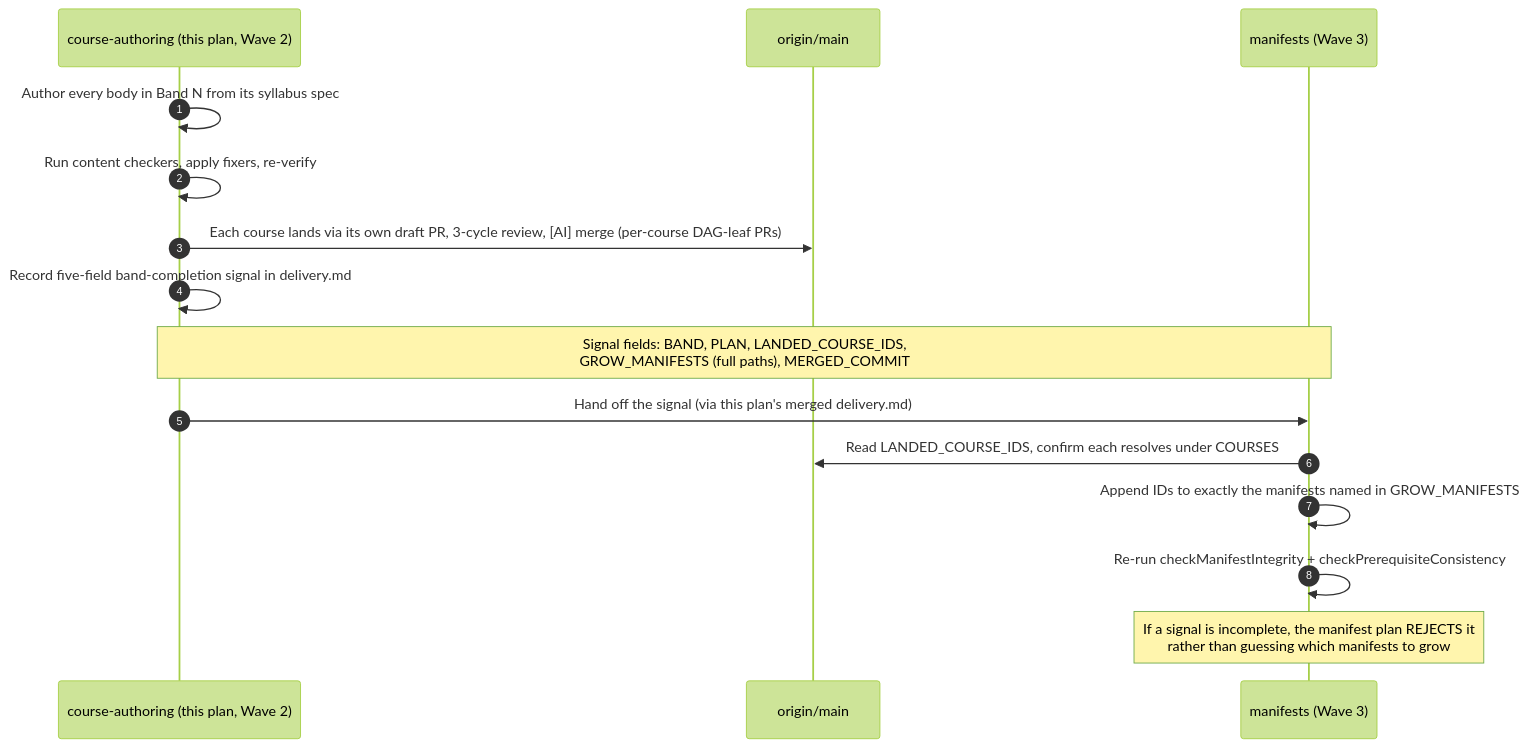
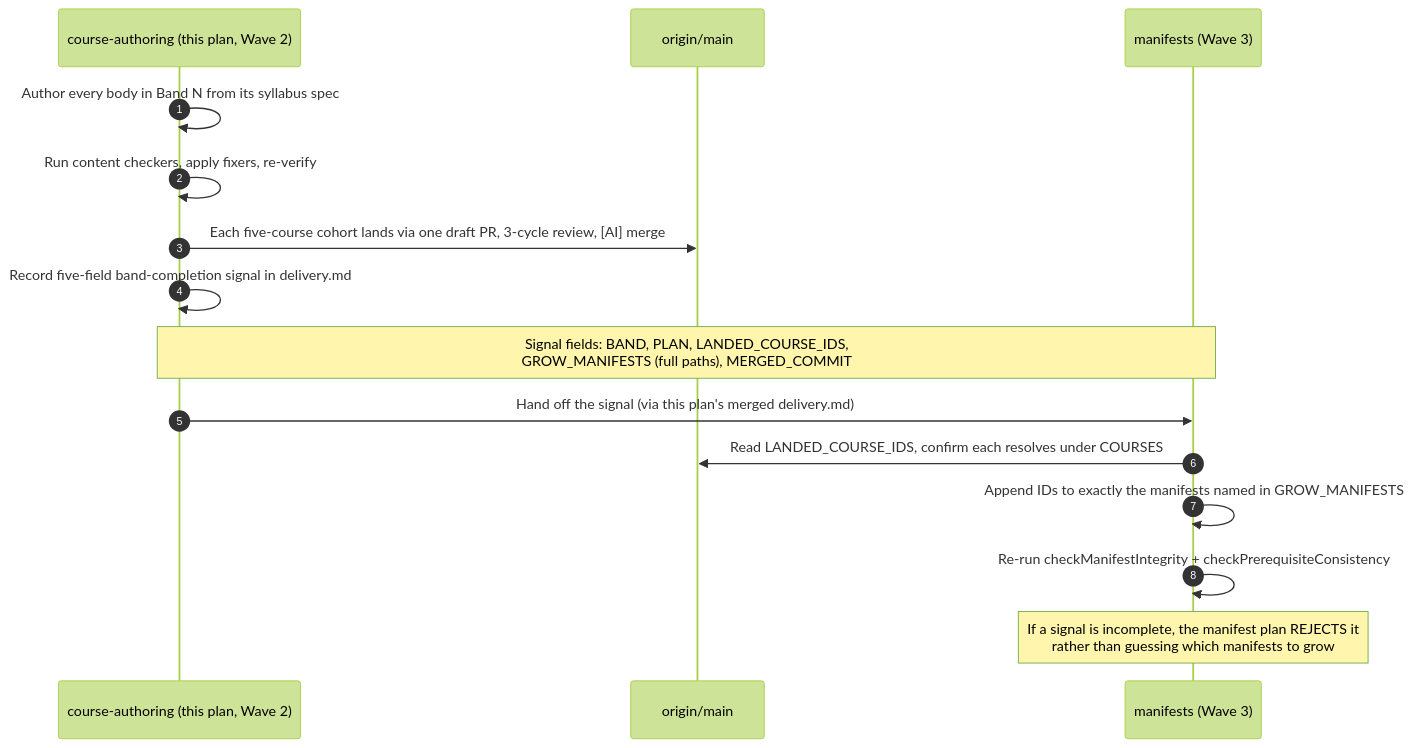
The fourth of 5 diagrams in plans/in-progress/ayokoding-learning-path-04-course-authoring/tech-docs.md (wahidyankf/open-sharia-fintech), drawn with Mermaid (forest theme) before and after one commit. The commit also changed other lines of this file and 33 other files, not shown here.

````diff
--- a/plans/in-progress/ayokoding-learning-path-04-course-authoring/tech-docs.md
+++ b/plans/in-progress/ayokoding-learning-path-04-course-authoring/tech-docs.md
@@ -350,19 +350,19 @@
 ```mermaid
 %% Order of operations across the two plans when a band lands.
 sequenceDiagram
     autonumber
     participant CA as course-authoring (this plan, Wave 2)
     participant Main as origin/main
     participant MF as manifests (Wave 3)
 
     CA->>CA: Author every body in Band N from its syllabus spec
     CA->>CA: Run content checkers, apply fixers, re-verify
-    CA->>Main: Each course lands via its own draft PR, 3-cycle review, [AI] merge (per-course DAG-leaf PRs)
+    CA->>Main: Each five-course cohort lands via one draft PR, 3-cycle review, [AI] merge
     CA->>CA: Record five-field band-completion signal in delivery.md
     Note over CA,MF: Signal fields: BAND, PLAN, LANDED_COURSE_IDS,<br/>GROW_MANIFESTS (full paths), MERGED_COMMIT
     CA->>MF: Hand off the signal (via this plan's merged delivery.md)
     MF->>Main: Read LANDED_COURSE_IDS, confirm each resolves under COURSES
     MF->>MF: Append IDs to exactly the manifests named in GROW_MANIFESTS
     MF->>MF: Re-run checkManifestIntegrity + checkPrerequisiteConsistency
     Note over MF: If a signal is incomplete, the manifest plan REJECTS it<br/>rather than guessing which manifests to grow
 ```
````
